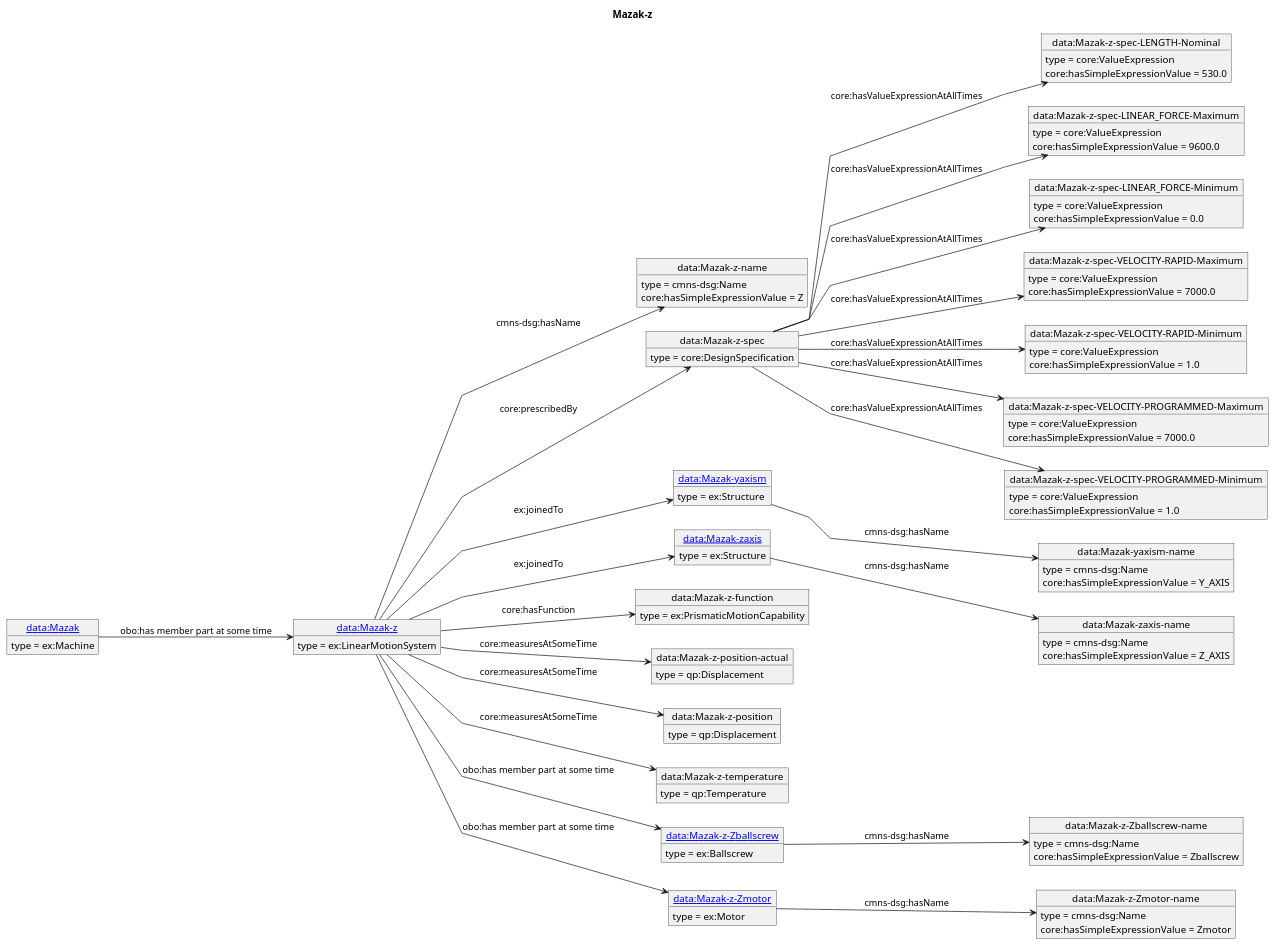
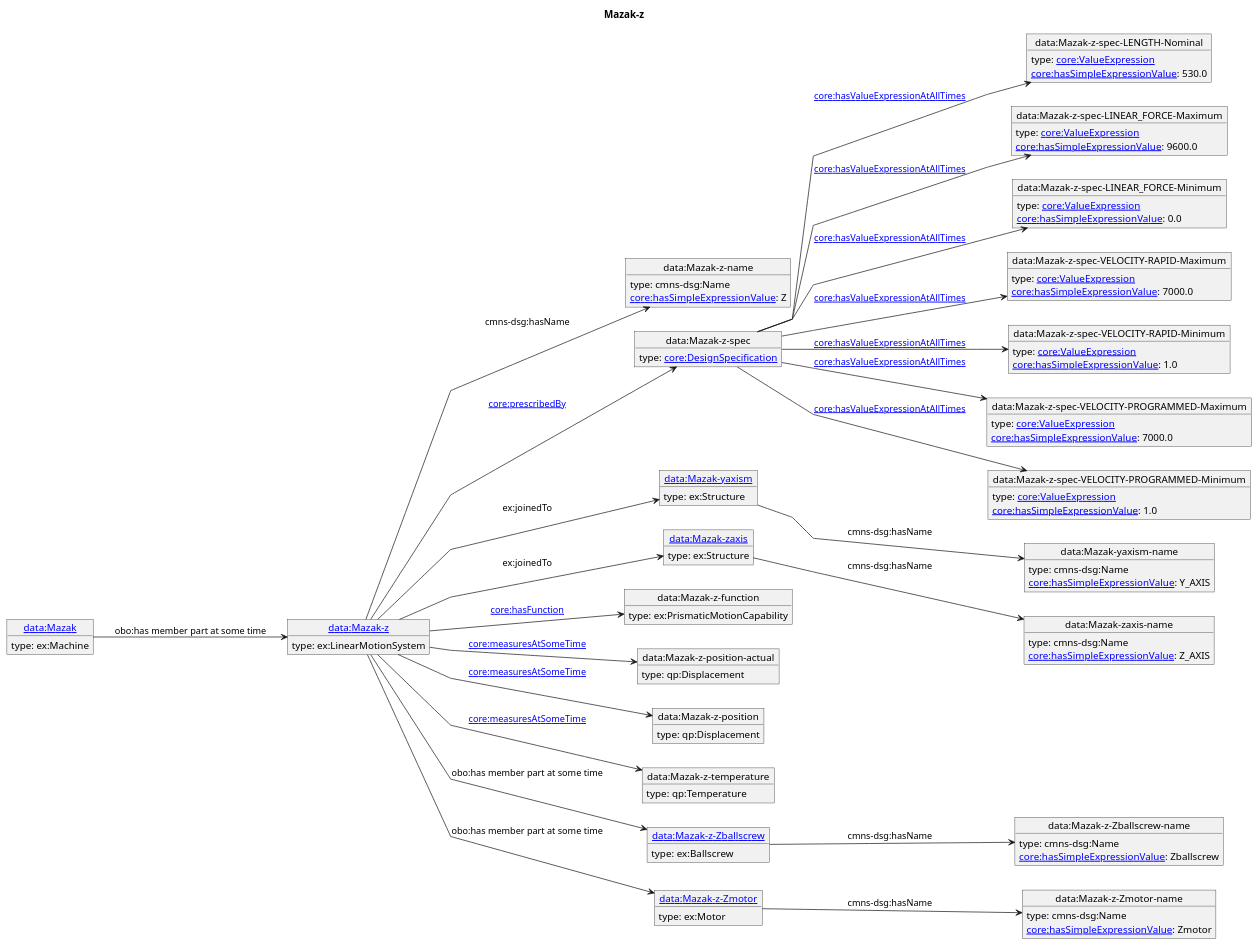
The diagram in diagrams/Mazak-z.puml (iofoundry/example-syseng-mtconnect), drawn with PlantUML before and after one commit. The commit also changed 143 other files, not shown here.

Commit message:
Added links for core ontology

```diff
--- a/diagrams/Mazak-z.puml
+++ b/diagrams/Mazak-z.puml
@@ -1,108 +1,108 @@
 @startuml
 skinparam linetype polyline
 left to right direction
 title Mazak-z
 object "[[./Mazak-z.html data:Mazak-z]]" as o1 {
- type = ex:LinearMotionSystem
- }
+ type: ex:LinearMotionSystem 
+}
 object "data:Mazak-z-name" as o2 {
- type = cmns-dsg:Name
- }
+ type: cmns-dsg:Name 
+}
 object "data:Mazak-z-spec" as o3 {
- type = core:DesignSpecification
- }
+ type: [[https://spec.industrialontologies.org/ontology/core/Core/DesignSpecification core:DesignSpecification]] 
+}
 object "data:Mazak-z-spec-LENGTH-Nominal" as o4 {
- type = core:ValueExpression
- }
+ type: [[https://spec.industrialontologies.org/ontology/core/Core/ValueExpression core:ValueExpression]] 
+}
 object "data:Mazak-z-spec-LINEAR_FORCE-Maximum" as o5 {
- type = core:ValueExpression
- }
+ type: [[https://spec.industrialontologies.org/ontology/core/Core/ValueExpression core:ValueExpression]] 
+}
 object "data:Mazak-z-spec-LINEAR_FORCE-Minimum" as o6 {
- type = core:ValueExpression
- }
+ type: [[https://spec.industrialontologies.org/ontology/core/Core/ValueExpression core:ValueExpression]] 
+}
 object "data:Mazak-z-spec-VELOCITY-RAPID-Maximum" as o7 {
- type = core:ValueExpression
- }
+ type: [[https://spec.industrialontologies.org/ontology/core/Core/ValueExpression core:ValueExpression]] 
+}
 object "data:Mazak-z-spec-VELOCITY-RAPID-Minimum" as o8 {
- type = core:ValueExpression
- }
+ type: [[https://spec.industrialontologies.org/ontology/core/Core/ValueExpression core:ValueExpression]] 
+}
 object "data:Mazak-z-spec-VELOCITY-PROGRAMMED-Maximum" as o9 {
- type = core:ValueExpression
- }
+ type: [[https://spec.industrialontologies.org/ontology/core/Core/ValueExpression core:ValueExpression]] 
+}
 object "data:Mazak-z-spec-VELOCITY-PROGRAMMED-Minimum" as o10 {
- type = core:ValueExpression
- }
+ type: [[https://spec.industrialontologies.org/ontology/core/Core/ValueExpression core:ValueExpression]] 
+}
 object "[[./Mazak-yaxism.html data:Mazak-yaxism]]" as o11 {
- type = ex:Structure
- }
+ type: ex:Structure 
+}
 object "data:Mazak-yaxism-name" as o12 {
- type = cmns-dsg:Name
- }
+ type: cmns-dsg:Name 
+}
 object "[[./Mazak-zaxis.html data:Mazak-zaxis]]" as o13 {
- type = ex:Structure
- }
+ type: ex:Structure 
+}
 object "data:Mazak-zaxis-name" as o14 {
- type = cmns-dsg:Name
- }
+ type: cmns-dsg:Name 
+}
 object "data:Mazak-z-function" as o15 {
- type = ex:PrismaticMotionCapability
- }
+ type: ex:PrismaticMotionCapability 
+}
 object "data:Mazak-z-position-actual" as o16 {
- type = qp:Displacement
- }
+ type: qp:Displacement 
+}
 object "data:Mazak-z-position" as o17 {
- type = qp:Displacement
- }
+ type: qp:Displacement 
+}
 object "data:Mazak-z-temperature" as o18 {
- type = qp:Temperature
- }
+ type: qp:Temperature 
+}
 object "[[./Mazak-z-Zballscrew.html data:Mazak-z-Zballscrew]]" as o19 {
- type = ex:Ballscrew
- }
+ type: ex:Ballscrew 
+}
 object "data:Mazak-z-Zballscrew-name" as o20 {
- type = cmns-dsg:Name
- }
+ type: cmns-dsg:Name 
+}
 object "[[./Mazak-z-Zmotor.html data:Mazak-z-Zmotor]]" as o21 {
- type = ex:Motor
- }
+ type: ex:Motor 
+}
 object "data:Mazak-z-Zmotor-name" as o22 {
- type = cmns-dsg:Name
- }
+ type: cmns-dsg:Name 
+}
 object "[[./Mazak.html data:Mazak]]" as o23 {
- type = ex:Machine
- }
+ type: ex:Machine 
+}
 o1 --> o2 : cmns-dsg:hasName
-o2 : core:hasSimpleExpressionValue = Z
-o1 --> o3 : core:prescribedBy
-o3 --> o4 : core:hasValueExpressionAtAllTimes
-o4 : core:hasSimpleExpressionValue = 530.0
-o3 --> o5 : core:hasValueExpressionAtAllTimes
-o5 : core:hasSimpleExpressionValue = 9600.0
-o3 --> o6 : core:hasValueExpressionAtAllTimes
-o6 : core:hasSimpleExpressionValue = 0.0
-o3 --> o7 : core:hasValueExpressionAtAllTimes
-o7 : core:hasSimpleExpressionValue = 7000.0
-o3 --> o8 : core:hasValueExpressionAtAllTimes
-o8 : core:hasSimpleExpressionValue = 1.0
-o3 --> o9 : core:hasValueExpressionAtAllTimes
-o9 : core:hasSimpleExpressionValue = 7000.0
-o3 --> o10 : core:hasValueExpressionAtAllTimes
-o10 : core:hasSimpleExpressionValue = 1.0
+o2 : [[https://spec.industrialontologies.org/ontology/core/Core/hasSimpleExpressionValue core:hasSimpleExpressionValue]]: Z
+o1 --> o3 : [[https://spec.industrialontologies.org/ontology/core/Core/prescribedBy core:prescribedBy]]
+o3 --> o4 : [[https://spec.industrialontologies.org/ontology/core/Core/hasValueExpressionAtAllTimes core:hasValueExpressionAtAllTimes]]
+o4 : [[https://spec.industrialontologies.org/ontology/core/Core/hasSimpleExpressionValue core:hasSimpleExpressionValue]]: 530.0
+o3 --> o5 : [[https://spec.industrialontologies.org/ontology/core/Core/hasValueExpressionAtAllTimes core:hasValueExpressionAtAllTimes]]
+o5 : [[https://spec.industrialontologies.org/ontology/core/Core/hasSimpleExpressionValue core:hasSimpleExpressionValue]]: 9600.0
+o3 --> o6 : [[https://spec.industrialontologies.org/ontology/core/Core/hasValueExpressionAtAllTimes core:hasValueExpressionAtAllTimes]]
+o6 : [[https://spec.industrialontologies.org/ontology/core/Core/hasSimpleExpressionValue core:hasSimpleExpressionValue]]: 0.0
+o3 --> o7 : [[https://spec.industrialontologies.org/ontology/core/Core/hasValueExpressionAtAllTimes core:hasValueExpressionAtAllTimes]]
+o7 : [[https://spec.industrialontologies.org/ontology/core/Core/hasSimpleExpressionValue core:hasSimpleExpressionValue]]: 7000.0
+o3 --> o8 : [[https://spec.industrialontologies.org/ontology/core/Core/hasValueExpressionAtAllTimes core:hasValueExpressionAtAllTimes]]
+o8 : [[https://spec.industrialontologies.org/ontology/core/Core/hasSimpleExpressionValue core:hasSimpleExpressionValue]]: 1.0
+o3 --> o9 : [[https://spec.industrialontologies.org/ontology/core/Core/hasValueExpressionAtAllTimes core:hasValueExpressionAtAllTimes]]
+o9 : [[https://spec.industrialontologies.org/ontology/core/Core/hasSimpleExpressionValue core:hasSimpleExpressionValue]]: 7000.0
+o3 --> o10 : [[https://spec.industrialontologies.org/ontology/core/Core/hasValueExpressionAtAllTimes core:hasValueExpressionAtAllTimes]]
+o10 : [[https://spec.industrialontologies.org/ontology/core/Core/hasSimpleExpressionValue core:hasSimpleExpressionValue]]: 1.0
 o1 --> o11 : ex:joinedTo
 o11 --> o12 : cmns-dsg:hasName
-o12 : core:hasSimpleExpressionValue = Y_AXIS
+o12 : [[https://spec.industrialontologies.org/ontology/core/Core/hasSimpleExpressionValue core:hasSimpleExpressionValue]]: Y_AXIS
 o1 --> o13 : ex:joinedTo
 o13 --> o14 : cmns-dsg:hasName
-o14 : core:hasSimpleExpressionValue = Z_AXIS
-o1 --> o15 : core:hasFunction
-o1 --> o16 : core:measuresAtSomeTime
-o1 --> o17 : core:measuresAtSomeTime
-o1 --> o18 : core:measuresAtSomeTime
+o14 : [[https://spec.industrialontologies.org/ontology/core/Core/hasSimpleExpressionValue core:hasSimpleExpressionValue]]: Z_AXIS
+o1 --> o15 : [[https://spec.industrialontologies.org/ontology/core/Core/hasFunction core:hasFunction]]
+o1 --> o16 : [[https://spec.industrialontologies.org/ontology/core/Core/measuresAtSomeTime core:measuresAtSomeTime]]
+o1 --> o17 : [[https://spec.industrialontologies.org/ontology/core/Core/measuresAtSomeTime core:measuresAtSomeTime]]
+o1 --> o18 : [[https://spec.industrialontologies.org/ontology/core/Core/measuresAtSomeTime core:measuresAtSomeTime]]
 o1 --> o19 : obo:has member part at some time
 o19 --> o20 : cmns-dsg:hasName
-o20 : core:hasSimpleExpressionValue = Zballscrew
+o20 : [[https://spec.industrialontologies.org/ontology/core/Core/hasSimpleExpressionValue core:hasSimpleExpressionValue]]: Zballscrew
 o1 --> o21 : obo:has member part at some time
 o21 --> o22 : cmns-dsg:hasName
-o22 : core:hasSimpleExpressionValue = Zmotor
+o22 : [[https://spec.industrialontologies.org/ontology/core/Core/hasSimpleExpressionValue core:hasSimpleExpressionValue]]: Zmotor
 o23 --> o1 : obo:has member part at some time
 @enduml
```
